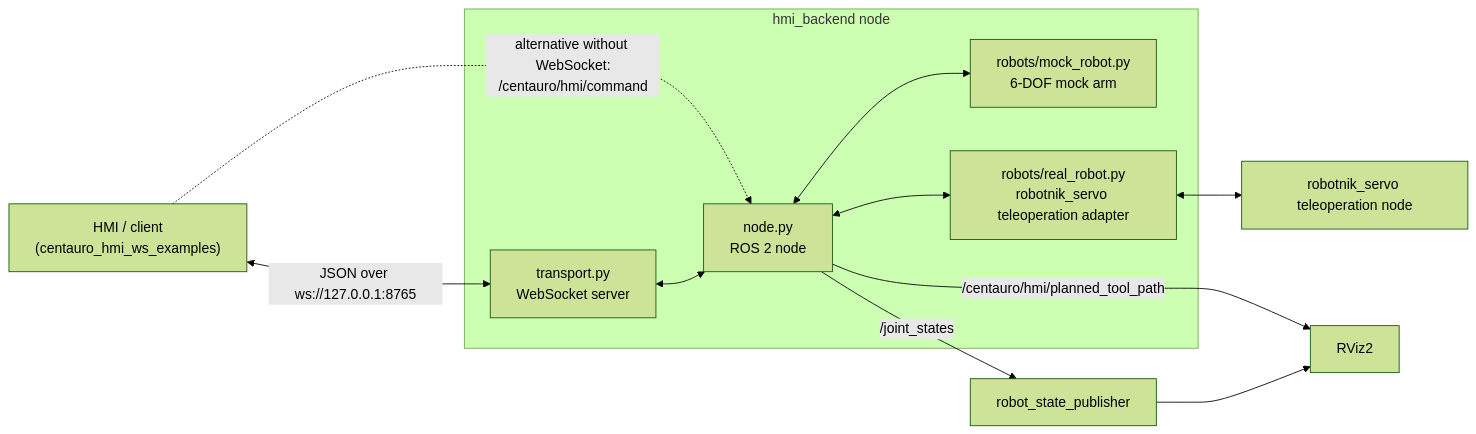
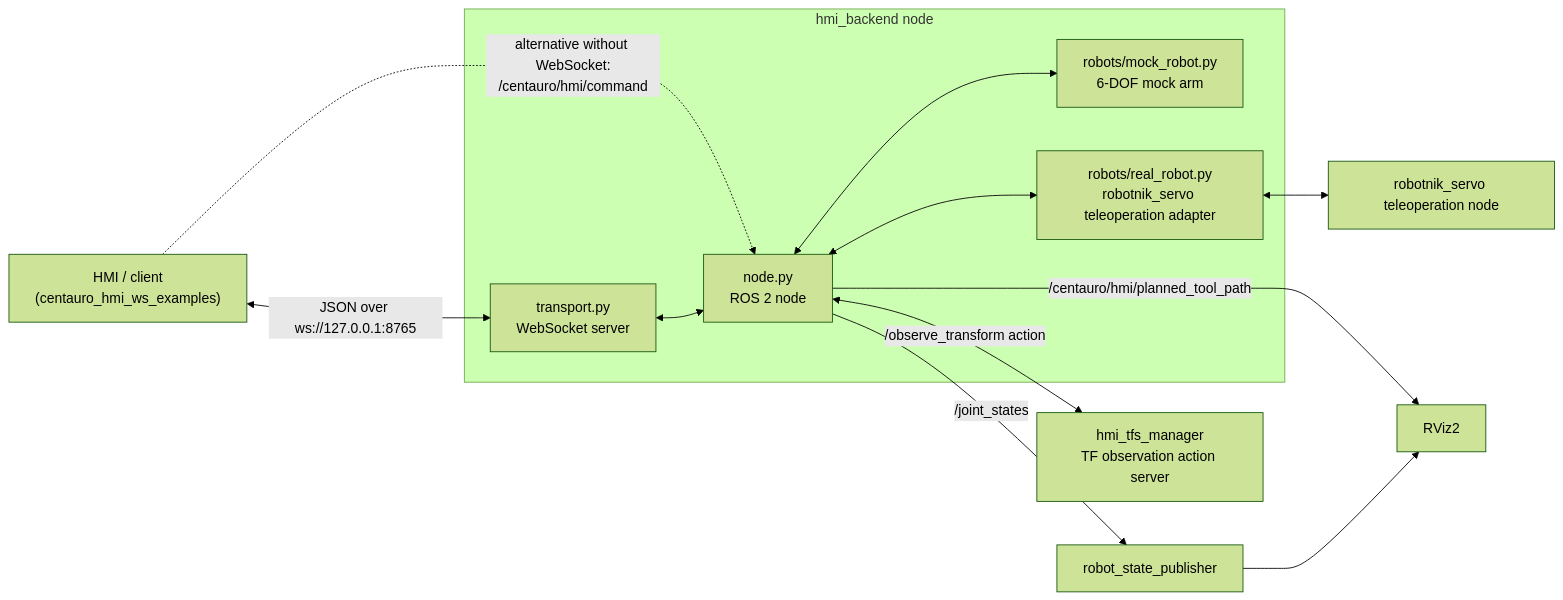
The diagram in README.md (RobotnikAutomation/centauro_hmi_backend), drawn with Mermaid (forest theme) before and after one commit. The commit also changed other lines of this file and 13 other files, not shown here.

````diff
--- a/README.md
+++ b/README.md
@@ -18,22 +18,24 @@
 ```mermaid
 flowchart LR
     HMI["HMI / client<br/>(centauro_hmi_ws_examples)"]
     subgraph backend["hmi_backend node"]
         T["transport.py<br/>WebSocket server"]
         N["node.py<br/>ROS 2 node"]
         M["robots/mock_robot.py<br/>6-DOF mock arm"]
         A["robots/real_robot.py<br/>robotnik_servo teleoperation adapter"]
         T <--> N
         N <--> M
         N <--> A
     end
     TELEOPERATION_NODE["robotnik_servo teleoperation node"]
+    TF_MANAGER["hmi_tfs_manager<br/>TF observation action server"]
     RSP["robot_state_publisher"]
     RVIZ["RViz2"]
 
     HMI <-->|"JSON over ws://127.0.0.1:8765"| T
     HMI -.->|"alternative without WebSocket:<br/>/centauro/hmi/command"| N
     A <--> TELEOPERATION_NODE
+    N <-->|"/observe_transform action"| TF_MANAGER
     N -->|"/joint_states"| RSP --> RVIZ
     N -->|"/centauro/hmi/planned_tool_path"| RVIZ
 ```
````
